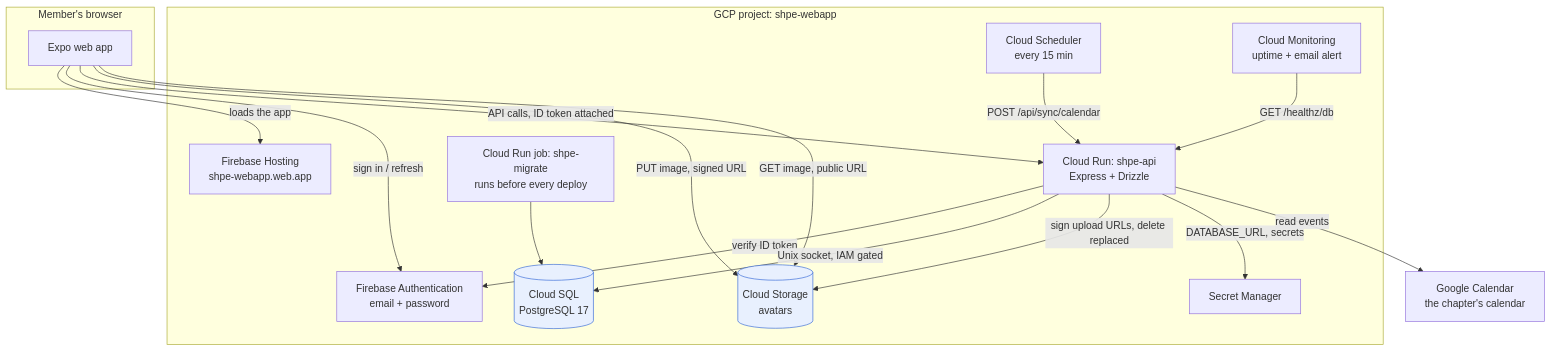
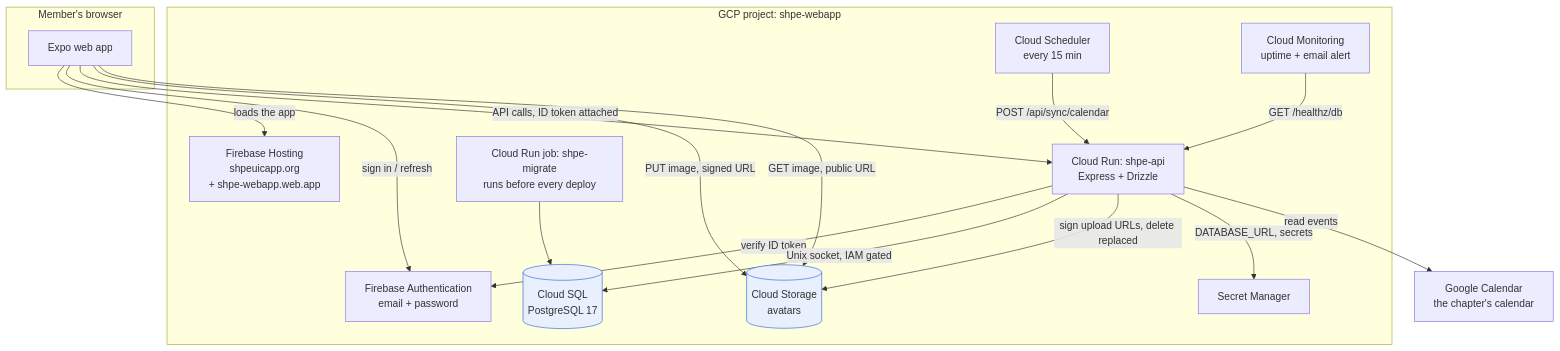
Before and after one commit to SHPE-UIC/shpe-web-app: the first of 12 diagrams in docs/ARCHITECTURE.md, drawn with Mermaid. The commit also changed 6 other files, not shown here.

````diff
--- a/docs/ARCHITECTURE.md
+++ b/docs/ARCHITECTURE.md
@@ -32,38 +32,38 @@
 ```mermaid
 graph TB
     subgraph client["Member's browser"]
         APP["Expo web app"]
     end
 
     subgraph gcp["GCP project: shpe-webapp"]
-        HOST["Firebase Hosting<br/>shpe-webapp.web.app"]
+        HOST["Firebase Hosting<br/>shpeuicapp.org<br/>+ shpe-webapp.web.app"]
         AUTH["Firebase Authentication<br/>email + password"]
         RUN["Cloud Run: shpe-api<br/>Express + Drizzle"]
         JOB["Cloud Run job: shpe-migrate<br/>runs before every deploy"]
         SQL[("Cloud SQL<br/>PostgreSQL 17")]
         GCS[("Cloud Storage<br/>avatars")]
         SCHED["Cloud Scheduler<br/>every 15 min"]
         SEC["Secret Manager"]
         MON["Cloud Monitoring<br/>uptime + email alert"]
     end
 
     CAL["Google Calendar<br/>the chapter's calendar"]
 
     APP -->|"loads the app"| HOST
     APP -->|"sign in / refresh"| AUTH
     APP -->|"API calls, ID token attached"| RUN
     APP -->|"PUT image, signed URL"| GCS
     APP -->|"GET image, public URL"| GCS
 
     RUN -->|"verify ID token"| AUTH
     RUN -->|"Unix socket, IAM gated"| SQL
     RUN -->|"sign upload URLs, delete replaced"| GCS
     RUN -->|"DATABASE_URL, secrets"| SEC
     RUN -->|"read events"| CAL
     SCHED -->|"POST /api/sync/calendar"| RUN
     JOB --> SQL
     MON -->|"GET /healthz/db"| RUN
 
     classDef store fill:#e8f0fe,stroke:#3367d6
     class SQL,GCS store
 ```
````
